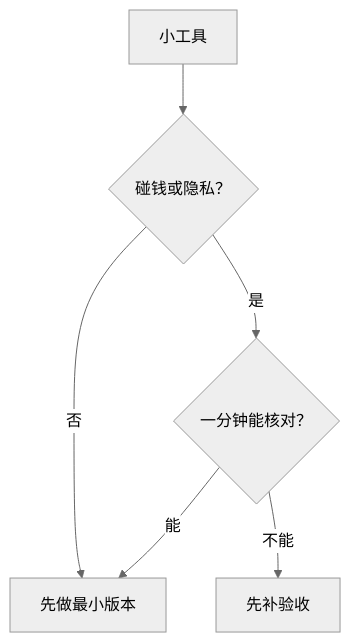
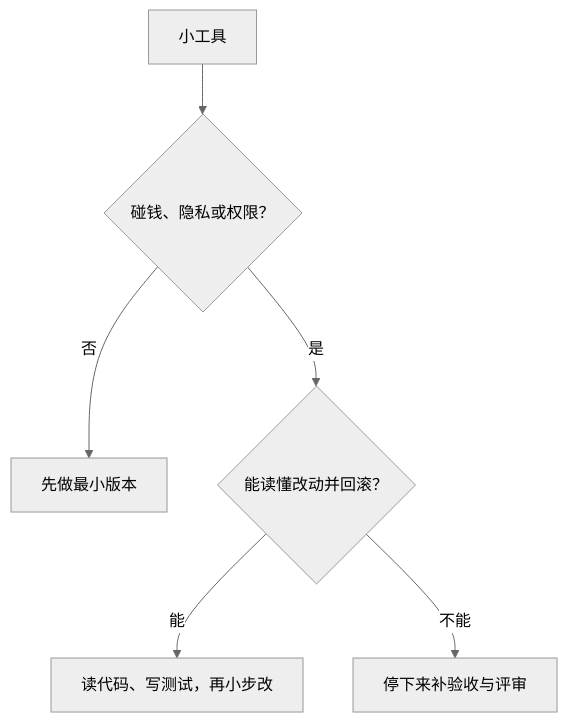
The diagram in vibe/ch01.md (zhuguang-ZFG/claude-code-book), drawn with Mermaid (neutral theme) before and after one commit. The commit also changed other lines of this file and 2 other files, not shown here.

Commit message:
fix(vibe): send high-risk work to review, not a quick look
- Replaced the one-minute check branch with read/test/rollback steps and a stop branch.
- Rebuilt the PDF/EPUB and measured the new diagram at 390 px: labels complete, minimum 12.14 px.
- Updated the collection and verification notes.

````diff
--- a/vibe/ch01.md
+++ b/vibe/ch01.md
@@ -54,8 +54,8 @@
 ```mermaid
 flowchart TD
-    A["小工具"] --> B{"碰钱或隐私？"}
+    A["小工具"] --> B{"碰钱、隐私或权限？"}
     B -->|"否"| C["先做最小版本"]
-    B -->|"是"| D{"一分钟能核对？"}
-    D -->|"能"| C
-    D -->|"不能"| E["先补验收"]
+    B -->|"是"| D{"能读懂改动并回滚？"}
+    D -->|"能"| E["读代码、写测试，再小步改"]
+    D -->|"不能"| F["停下来补验收与评审"]
 ```
````
